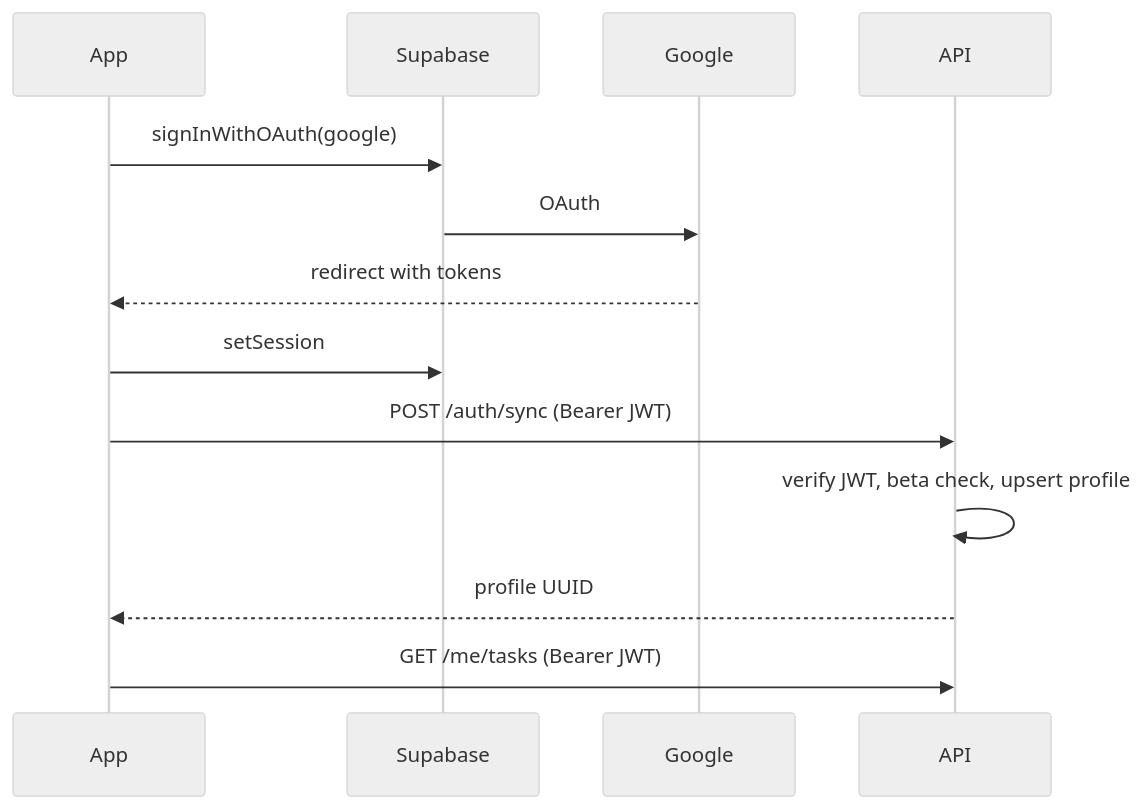
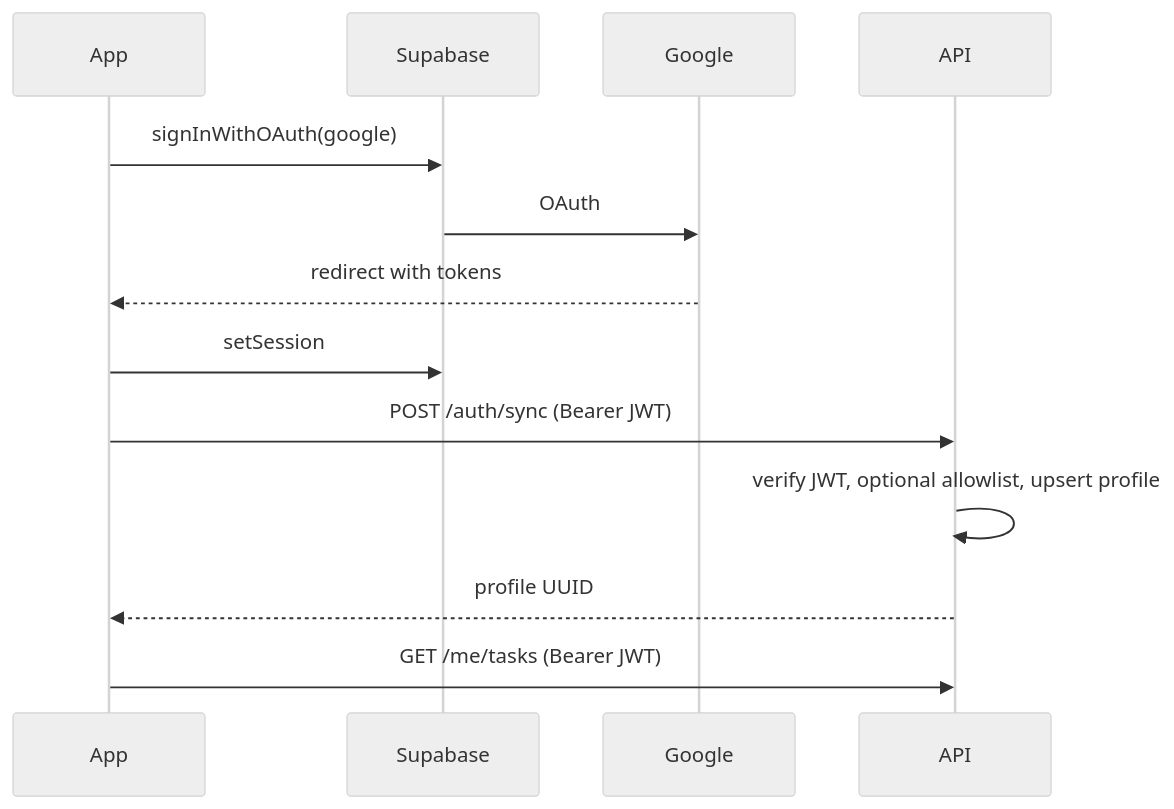
The diagram in docs/AUTH_SETUP.md (JadMzk/Ike), drawn with Mermaid (neutral theme) before and after one commit. The commit also changed other lines of this file and 21 other files, not shown here.

````diff
--- a/docs/AUTH_SETUP.md
+++ b/docs/AUTH_SETUP.md
@@ -90,16 +91,16 @@
 ```mermaid
 sequenceDiagram
   participant App
   participant Supabase
   participant Google
   participant API
 
   App->>Supabase: signInWithOAuth(google)
   Supabase->>Google: OAuth
   Google-->>App: redirect with tokens
   App->>Supabase: setSession
   App->>API: POST /auth/sync (Bearer JWT)
-  API->>API: verify JWT, beta check, upsert profile
+  API->>API: verify JWT, optional allowlist, upsert profile
   API-->>App: profile UUID
   App->>API: GET /me/tasks (Bearer JWT)
 ```
````
